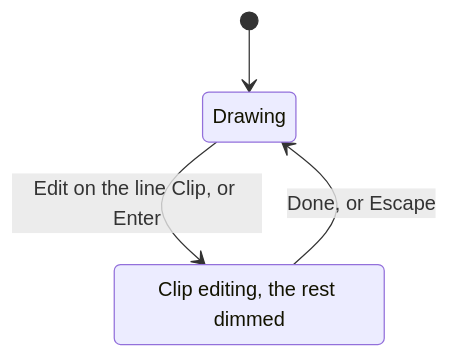
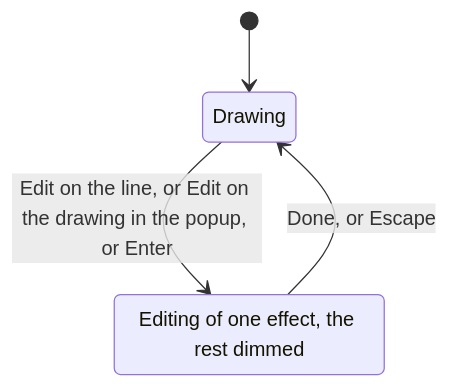
One commit to AlexandreGallais/synoptic-studio-spec changed the diagram in symbols/04-drawing-mode/effects-and-masks.md. Above: the diagram before and after it, drawn with Mermaid. The commit also changed other lines of this file and 17 other files, not shown here.

First line of the commit message:
docs(symbols): list every svg and css effect, one file per family

````diff
--- a/symbols/04-drawing-mode/effects-and-masks.md
+++ b/symbols/04-drawing-mode/effects-and-masks.md
@@ -43,7 +39,7 @@
 ```mermaid
 stateDiagram-v2
     [*] --> Drawing
-    Drawing --> ClipEditing: Edit on the line Clip, or Enter
-    ClipEditing --> Drawing: Done, or Escape
-    ClipEditing: Clip editing, the rest dimmed
+    Drawing --> EffectEditing: Edit on the line, or Edit on the drawing in the popup, or Enter
+    EffectEditing --> Drawing: Done, or Escape
+    EffectEditing: Editing of one effect, the rest dimmed
 ```
````
